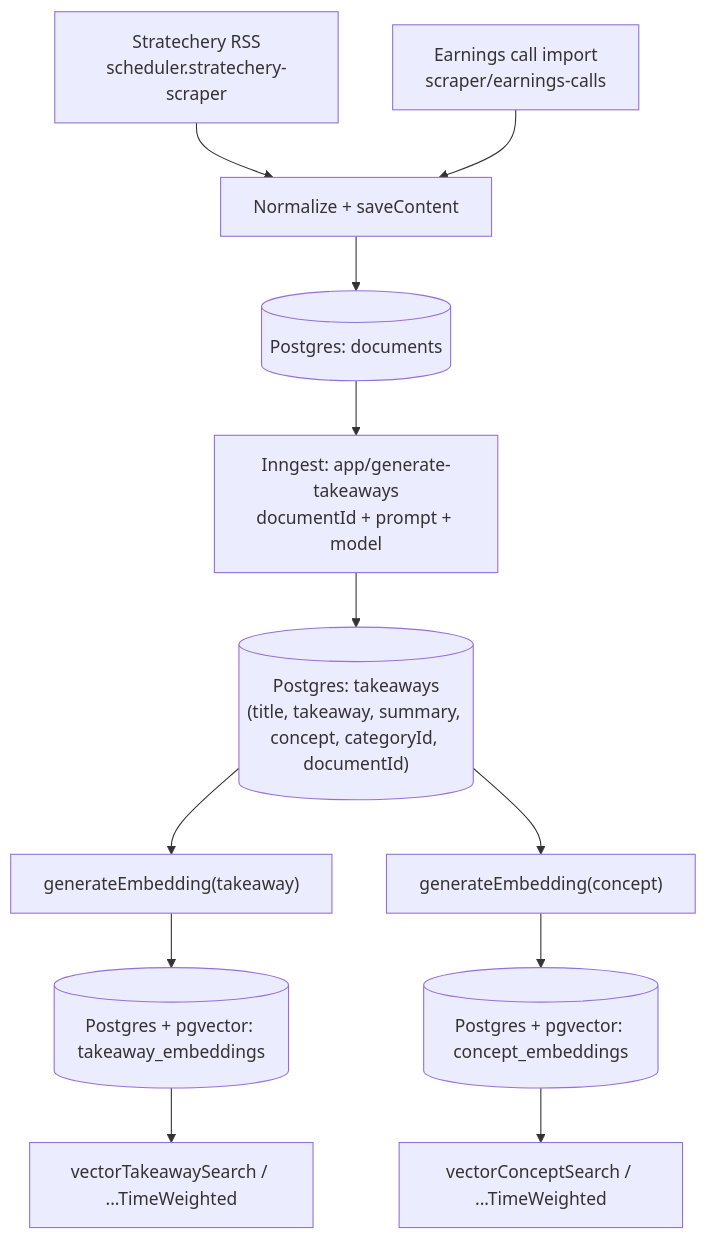
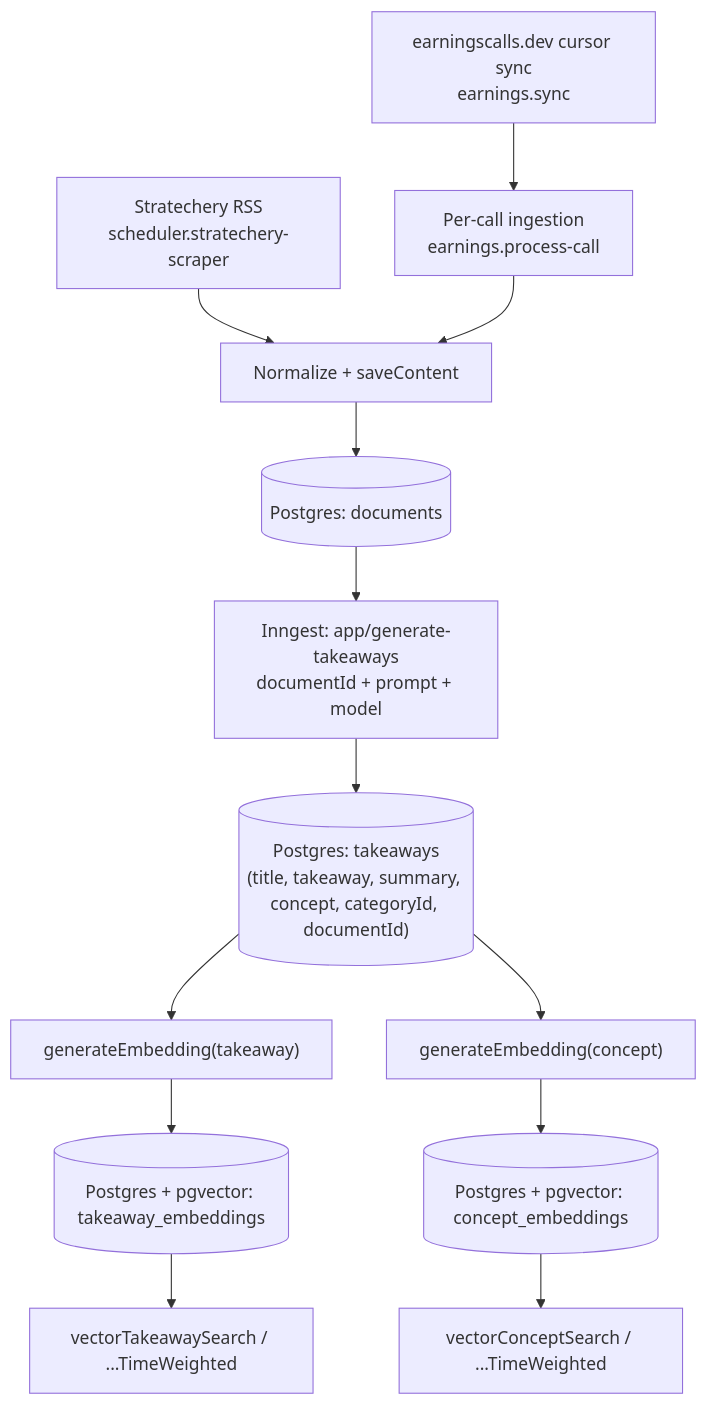
The first of 2 diagrams in documentation/INSIGHT_GENERATION_BACKEND_FLOW.md (starmode-base/expert-system), drawn with Mermaid before and after one commit. The commit also changed other lines of this file and 38 other files, not shown here.

````diff
--- a/documentation/INSIGHT_GENERATION_BACKEND_FLOW.md
+++ b/documentation/INSIGHT_GENERATION_BACKEND_FLOW.md
@@ -106,14 +105,15 @@
 ```mermaid
 flowchart TD
   A["Stratechery RSS<br/>scheduler.stratechery-scraper"] --> B["Normalize + saveContent"]
-  A2["Earnings call import<br/>scraper/earnings-calls"] --> B
+  A2["earningscalls.dev cursor sync<br/>earnings.sync"] --> A3["Per-call ingestion<br/>earnings.process-call"]
+  A3 --> B
   B --> C[("Postgres: documents")]
   C --> D["Inngest: app/generate-takeaways<br/>documentId + prompt + model"]
   D --> E[("Postgres: takeaways<br/>(title, takeaway, summary, concept, categoryId, documentId)")]
   E --> F["generateEmbedding(takeaway)"]
   E --> G["generateEmbedding(concept)"]
   F --> H[("Postgres + pgvector: takeaway_embeddings")]
   G --> I[("Postgres + pgvector: concept_embeddings")]
   H --> J["vectorTakeawaySearch / ...TimeWeighted"]
   I --> K["vectorConceptSearch / ...TimeWeighted"]
 ```
````
